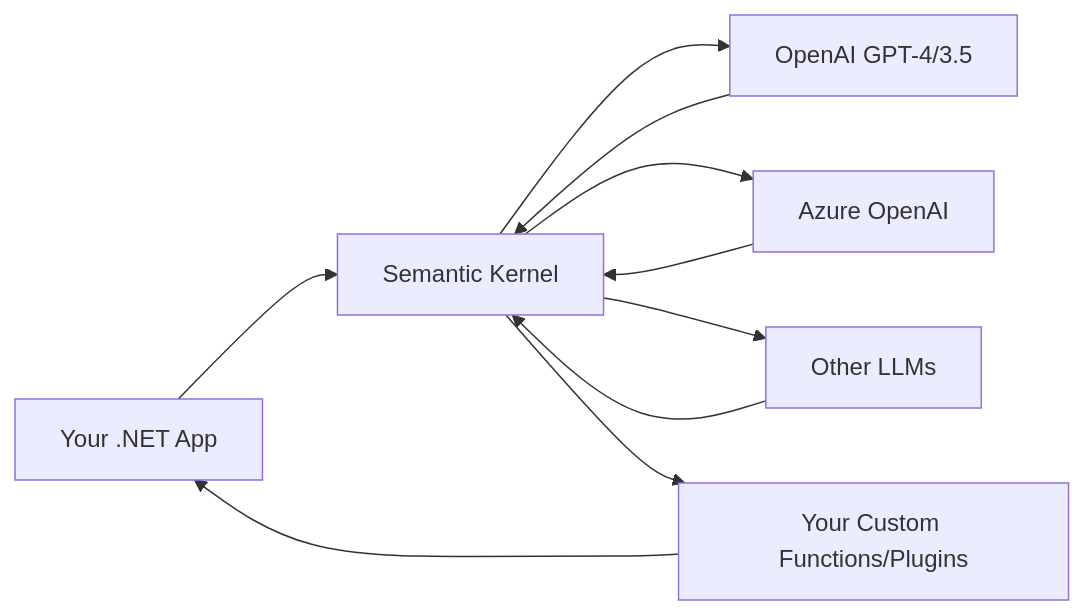
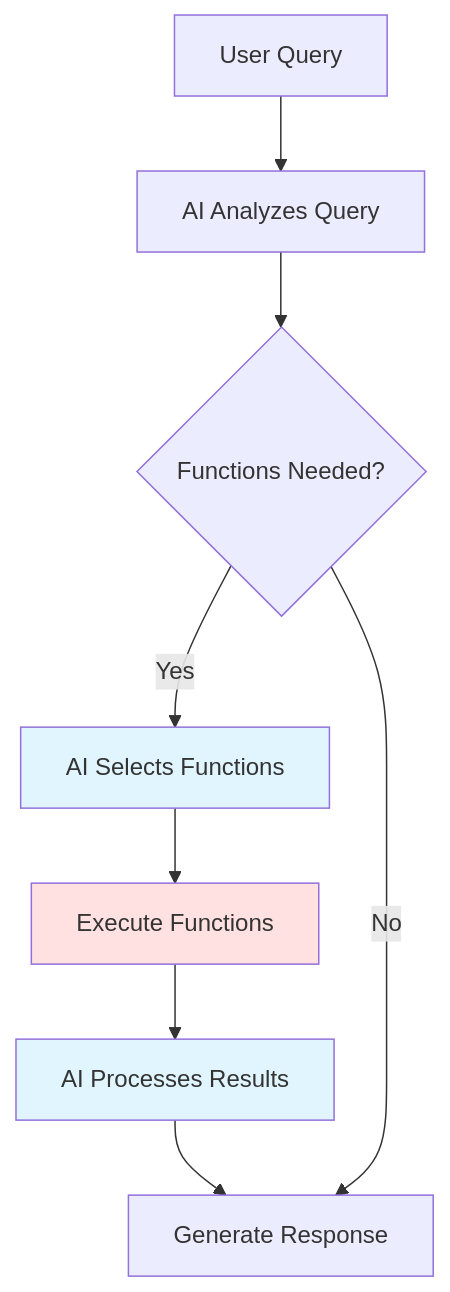
One commit to asyrovprog/learn_sk changed the fifth of 5 diagrams in learn/learn02.md. Above: the diagram before and after it, drawn with Mermaid. The commit also changed other lines of this file and 11 other files, not shown here.

````diff
--- a/learn/learn02.md
+++ b/learn/learn02.md
@@ -16,12 +634,14 @@
 ```mermaid
-graph LR
-    A[Your .NET App] --> B[Semantic Kernel]
-    B --> C[OpenAI GPT-4/3.5]
-    B --> D[Azure OpenAI]
-    B --> E[Other LLMs]
-    B --> F[Your Custom Functions/Plugins]
-    F --> A
-    C --> B
-    D --> B
-    E --> B
+flowchart TD
+    A[User Query] --> B[AI Analyzes Query]
+    B --> C{Functions Needed?}
+    C -->|Yes| D[AI Selects Functions]
+    D --> E[Execute Functions]
+    E --> F[AI Processes Results]
+    F --> G[Generate Response]
+    C -->|No| G
+    
+    style D fill:#e1f5ff
+    style E fill:#ffe1e1
+    style F fill:#e1f5ff
 ```
````
